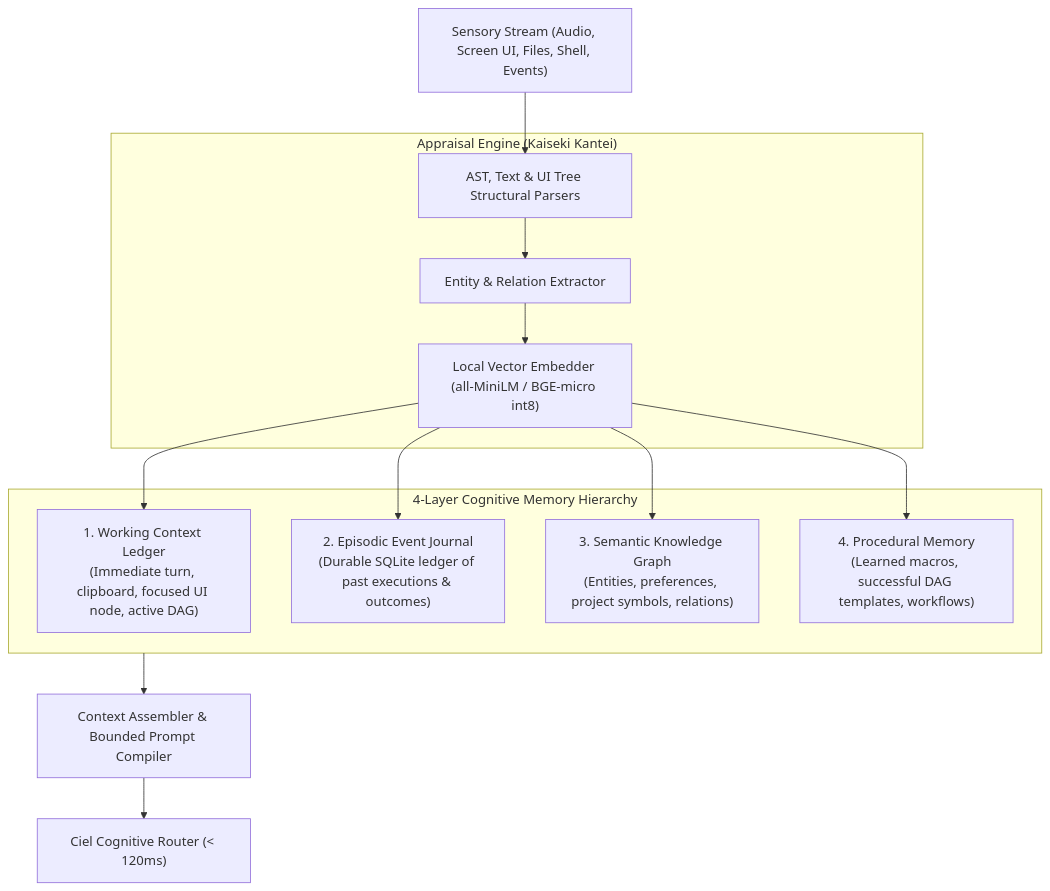
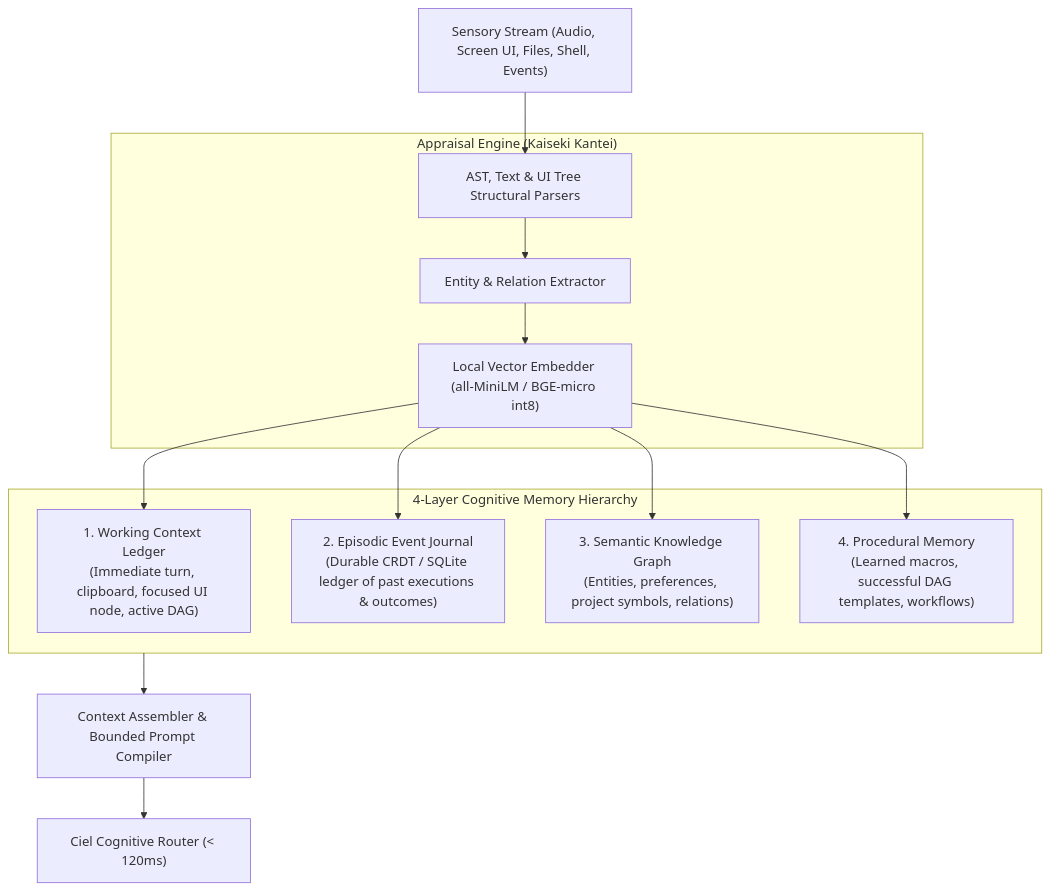
One commit to Imperialorg/Eonba changed the first of 3 diagrams in docs/MEMORY_AND_APPRAISAL_SPECIFICATION.md. Above: the diagram before and after it, drawn with Mermaid. The commit also changed other lines of this file and 24 other files, not shown here.

````diff
--- a/docs/MEMORY_AND_APPRAISAL_SPECIFICATION.md
+++ b/docs/MEMORY_AND_APPRAISAL_SPECIFICATION.md
@@ -15,27 +15,27 @@
 ```mermaid
 flowchart TD
     RawInput["Sensory Stream (Audio, Screen UI, Files, Shell, Events)"]
     
     subgraph AppraisalEngine["Appraisal Engine (Kaiseki Kantei)"]
         Parser["AST, Text & UI Tree Structural Parsers"]
         Extractor["Entity & Relation Extractor"]
         Embedder["Local Vector Embedder (all-MiniLM / BGE-micro int8)"]
     end
 
     RawInput --> Parser --> Extractor --> Embedder
 
     subgraph FourLayerMemory["4-Layer Cognitive Memory Hierarchy"]
         L1["1. Working Context Ledger<br/>(Immediate turn, clipboard, focused UI node, active DAG)"]
-        L2["2. Episodic Event Journal<br/>(Durable SQLite ledger of past executions & outcomes)"]
+        L2["2. Episodic Event Journal<br/>(Durable CRDT / SQLite ledger of past executions & outcomes)"]
         L3["3. Semantic Knowledge Graph<br/>(Entities, preferences, project symbols, relations)"]
         L4["4. Procedural Memory<br/>(Learned macros, successful DAG templates, workflows)"]
     end
 
     Embedder --> L1
     Embedder --> L2
     Embedder --> L3
     Embedder --> L4
 
     FourLayerMemory --> Assembler["Context Assembler & Bounded Prompt Compiler"]
     Assembler --> CielCore["Ciel Cognitive Router (< 120ms)"]
 ```
````
